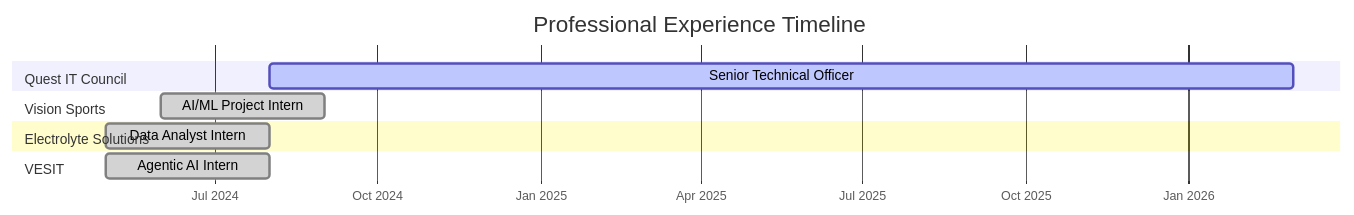
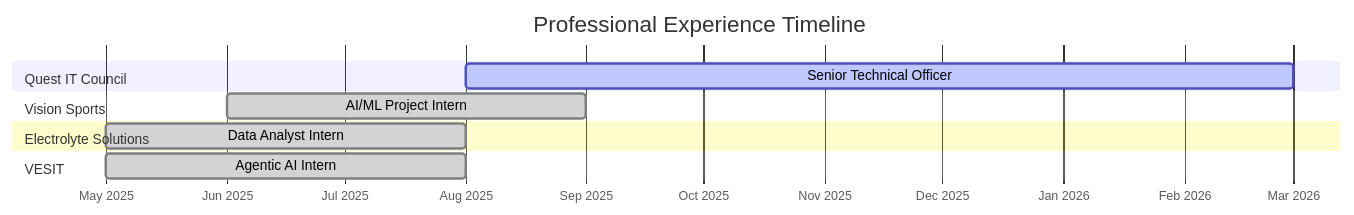
Before and after one commit to AtharvaLotankar11/AtharvaLotankar11: the fourth of 5 diagrams in README.md, drawn with Mermaid. The commit also changed other lines of this file, not shown here.

````diff
--- a/README.md
+++ b/README.md
@@ -169,18 +169,18 @@
 ```mermaid
 gantt
     title Professional Experience Timeline
     dateFormat  YYYY-MM
     axisFormat  %b %Y
 
     section Quest IT Council
-    Senior Technical Officer     :active, 2024-08, 2026-03
+    Senior Technical Officer     :active, 2025-08, 2026-03
 
     section Vision Sports
-    AI/ML Project Intern         :done, 2024-06, 2024-09
+    AI/ML Project Intern         :done, 2025-06, 2025-09
 
     section Electrolyte Solutions
-    Data Analyst Intern          :done, 2024-05, 2024-08
+    Data Analyst Intern          :done, 2025-05, 2025-08
 
     section VESIT
-    Agentic AI Intern            :done, 2024-05, 2024-08
+    Agentic AI Intern            :done, 2025-05, 2025-08
 ```
````
